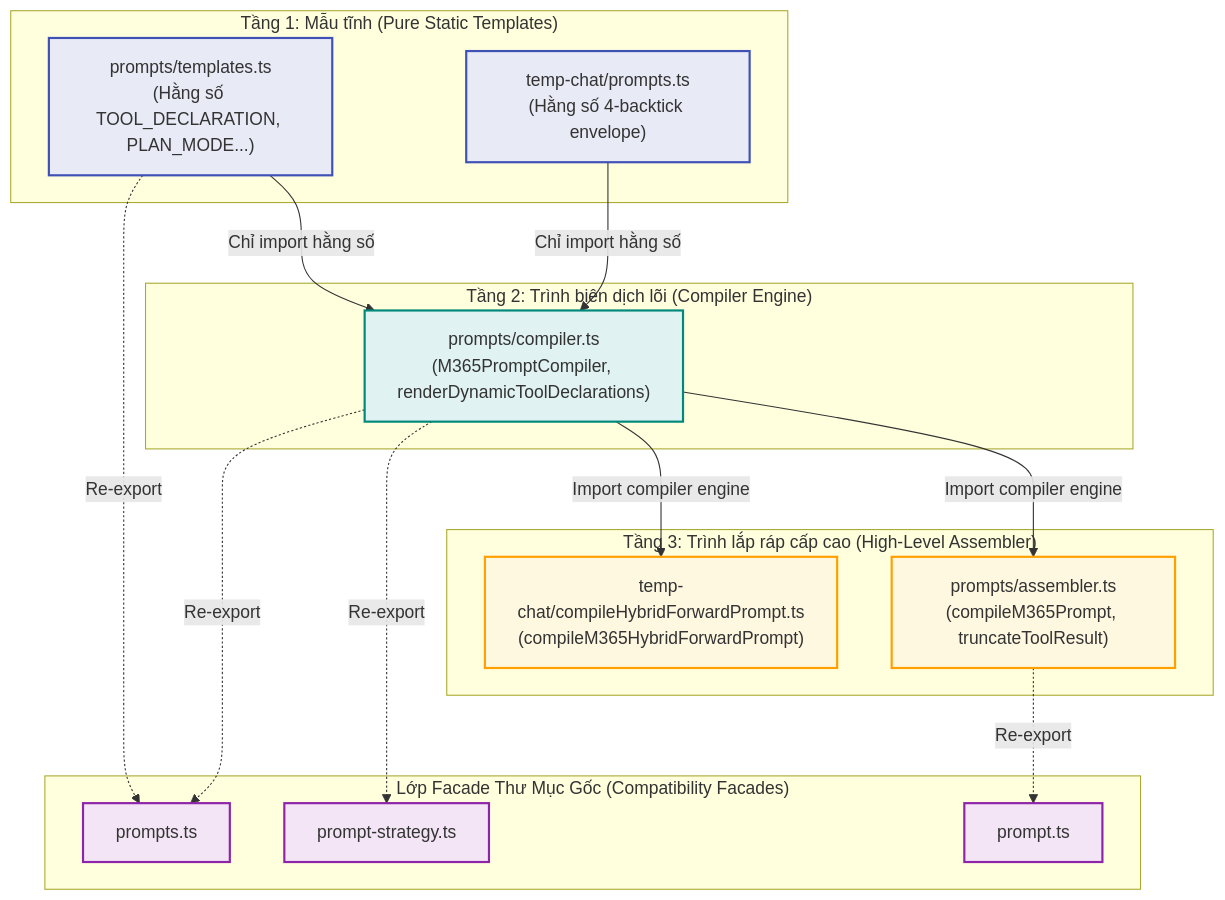
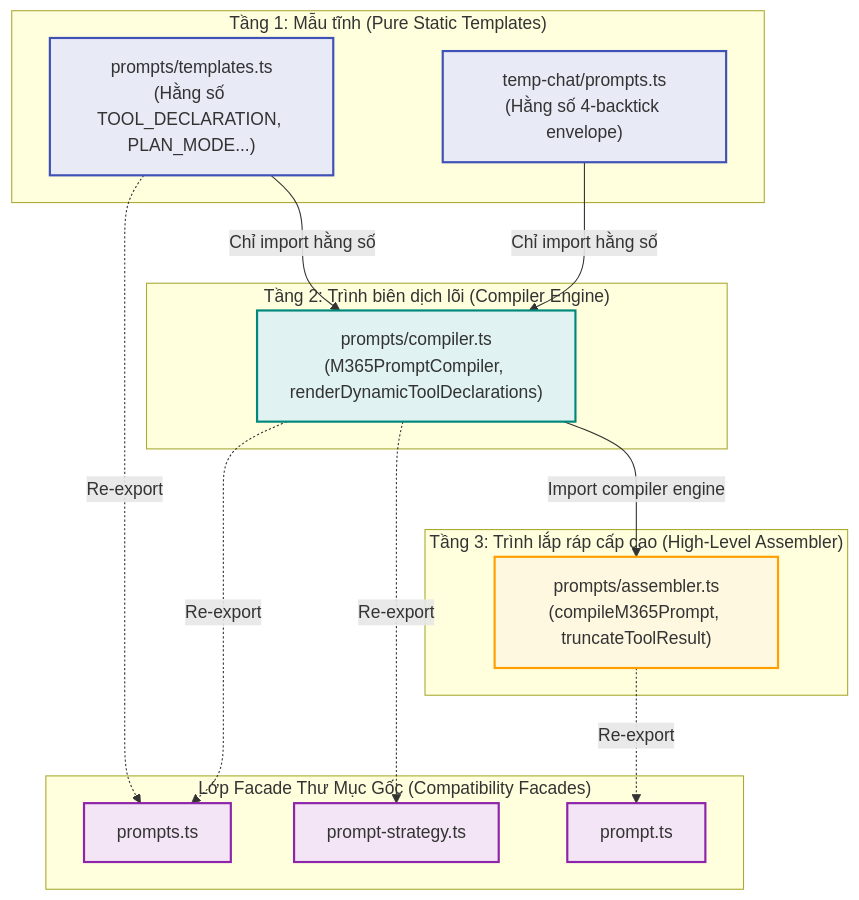
One commit to huytvdev22/codex-chatgpt-web changed the third of 3 diagrams in docs/m365-copilot-architecture.md. Above: the diagram before and after it, drawn with Mermaid. The commit also changed other lines of this file and 24 other files, not shown here.

````diff
--- a/docs/m365-copilot-architecture.md
+++ b/docs/m365-copilot-architecture.md
@@ -713,37 +700,35 @@
 ```mermaid
 graph TD
     classDef t1 fill:#e8eaf6,stroke:#3f51b5,stroke-width:2px;
     classDef t2 fill:#e0f2f1,stroke:#00897b,stroke-width:2px;
     classDef t3 fill:#fff8e1,stroke:#ffa000,stroke-width:2px;
     classDef facade fill:#f3e5f5,stroke:#8e24aa,stroke-width:2px;
 
     subgraph TIER_1 ["Tầng 1: Mẫu tĩnh (Pure Static Templates)"]
         Templates["prompts/templates.ts<br/>(Hằng số TOOL_DECLARATION, PLAN_MODE...)"]:::t1
         TempPrompts["temp-chat/prompts.ts<br/>(Hằng số 4-backtick envelope)"]:::t1
     end
 
     subgraph TIER_2 ["Tầng 2: Trình biên dịch lõi (Compiler Engine)"]
         Compiler["prompts/compiler.ts<br/>(M365PromptCompiler, renderDynamicToolDeclarations)"]:::t2
     end
 
     subgraph TIER_3 ["Tầng 3: Trình lắp ráp cấp cao (High-Level Assembler)"]
         Assembler["prompts/assembler.ts<br/>(compileM365Prompt, truncateToolResult)"]:::t3
-        Hybrid["temp-chat/compileHybridForwardPrompt.ts<br/>(compileM365HybridForwardPrompt)"]:::t3
     end
 
     subgraph FACADES ["Lớp Facade Thư Mục Gốc (Compatibility Facades)"]
         F_Prompt["prompt.ts"]:::facade
         F_Prompts["prompts.ts"]:::facade
         F_Strategy["prompt-strategy.ts"]:::facade
     end
 
     Templates -->|"Chỉ import hằng số"| Compiler
     TempPrompts -->|"Chỉ import hằng số"| Compiler
     Compiler -->|"Import compiler engine"| Assembler
-    Compiler -->|"Import compiler engine"| Hybrid
 
     Compiler -.->|"Re-export"| F_Strategy
     Templates -.->|"Re-export"| F_Prompts
     Compiler -.->|"Re-export"| F_Prompts
     Assembler -.->|"Re-export"| F_Prompt
 ```
````
